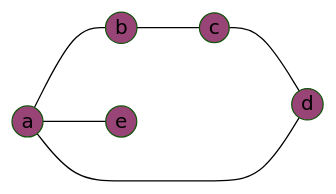
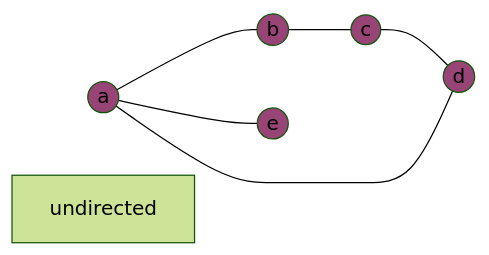
The second of 8 diagrams in Notes/Graphs.md (nathanc7278/cs180-W25), drawn with Mermaid (forest theme) before and after one commit. The commit also changed other lines of this file, not shown here.

````diff
--- a/Notes/Graphs.md
+++ b/Notes/Graphs.md
@@ -31,13 +32,14 @@
 ```mermaid
     graph LR
         a@{shape: circle} --- b
         b@{shape: circle} --- c@{shape: circle}
         c --- d@{shape: circle}
         d --- a
         a --- e@{shape: circle}
         style a fill:#947
         style b fill:#947
         style c fill:#947
         style d fill:#947
         style e fill:#947
+        undirected
 ```
````
